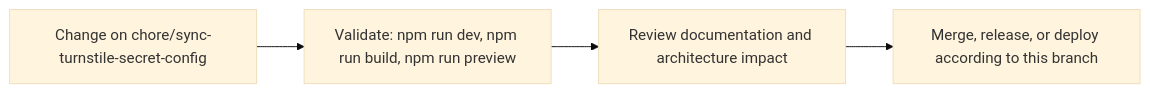
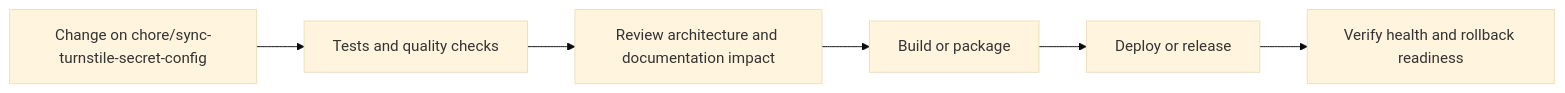
The seventh of 8 diagrams in README.md (Nischhalsubba/nischhalsubba.com.np), drawn with Mermaid (base theme) before and after one commit. The commit also changed other lines of this file, not shown here.

````diff
--- a/README.md
+++ b/README.md
@@ -86,8 +216,8 @@
 ```mermaid
 flowchart LR
-    CHANGE["Change on chore/sync-turnstile-secret-config"]
-    CHECK["Validate: npm run dev, npm run build, npm run preview"]
-    REVIEW["Review documentation and architecture impact"]
-    RELEASE["Merge, release, or deploy according to this branch"]
-    CHANGE --> CHECK --> REVIEW --> RELEASE
+    CHANGE["Change on chore/sync-turnstile-secret-config"] --> CHECK["Tests and quality checks"]
+    CHECK --> REVIEW["Review architecture and documentation impact"]
+    REVIEW --> BUILD["Build or package"]
+    BUILD --> DEPLOY["Deploy or release"]
+    DEPLOY --> VERIFY["Verify health and rollback readiness"]
 ```
````
